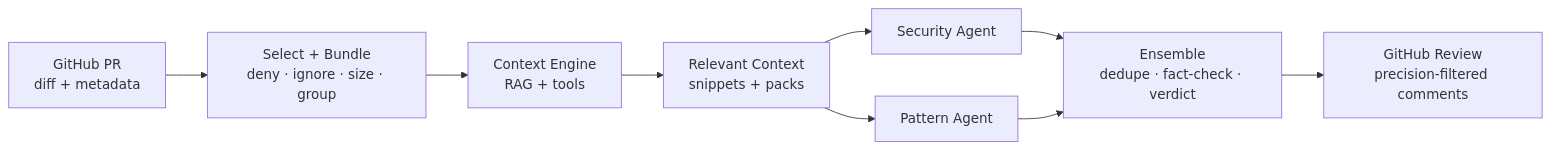
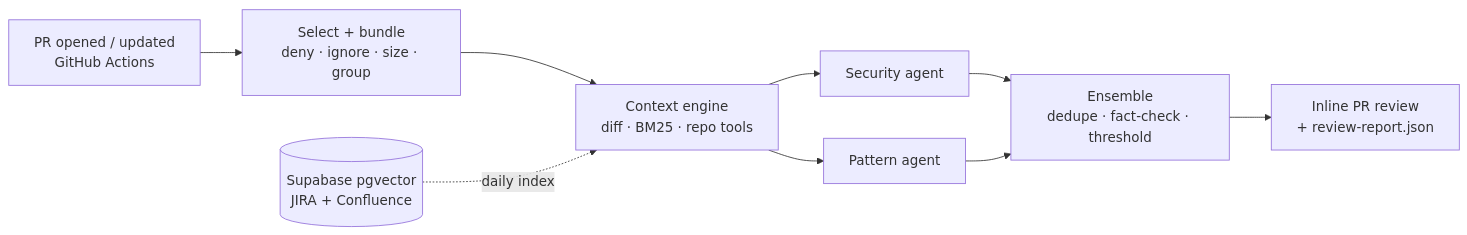
The first of 8 diagrams in README.md (cipheraxat/codereviewer_agent), drawn with Mermaid before and after one commit. The commit also changed other lines of this file and 2 other files, not shown here.

Commit message:
docs: lead README with real review output and architecture diagram
Add a what/why/how summary, screenshots of real inline comments the bot
posted on cipheraxat/CopilotPulse#4 (light + dark), the run's summary
line, and one architecture diagram covering trigger, Supabase knowledge
index, parallel agents and ensemble. The v0.5.4 table moves under its
own heading; the old top diagram is folded into the new one.

````diff
--- a/README.md
+++ b/README.md
@@ -15,18 +22,19 @@
 ```mermaid
 flowchart LR
-  GH["GitHub PR<br/>diff + metadata"]
-  SEL["Select + Bundle<br/>deny · ignore · size · group"]
-  CE["Context Engine<br/>RAG + tools"]
-  RC["Relevant Context<br/>snippets + packs"]
-  SA["Security Agent"]
-  PA["Pattern Agent"]
-  EV["Ensemble<br/>dedupe · fact-check · verdict"]
-  OUT["GitHub Review<br/>precision-filtered comments"]
+  PR["PR opened / updated<br/>GitHub Actions"]
+  SEL["Select + bundle<br/>deny · ignore · size · group"]
+  CE["Context engine<br/>diff · BM25 · repo tools"]
+  KB[("Supabase pgvector<br/>JIRA + Confluence")]
+  SA["Security agent"]
+  PA["Pattern agent"]
+  EV["Ensemble<br/>dedupe · fact-check · threshold"]
+  OUT["Inline PR review<br/>+ review-report.json"]
 
-  GH --> SEL --> CE --> RC
-  RC --> SA
-  RC --> PA
+  PR --> SEL --> CE
+  KB -. daily index .-> CE
+  CE --> SA
+  CE --> PA
   SA --> EV
   PA --> EV
   EV --> OUT
 ```
````
